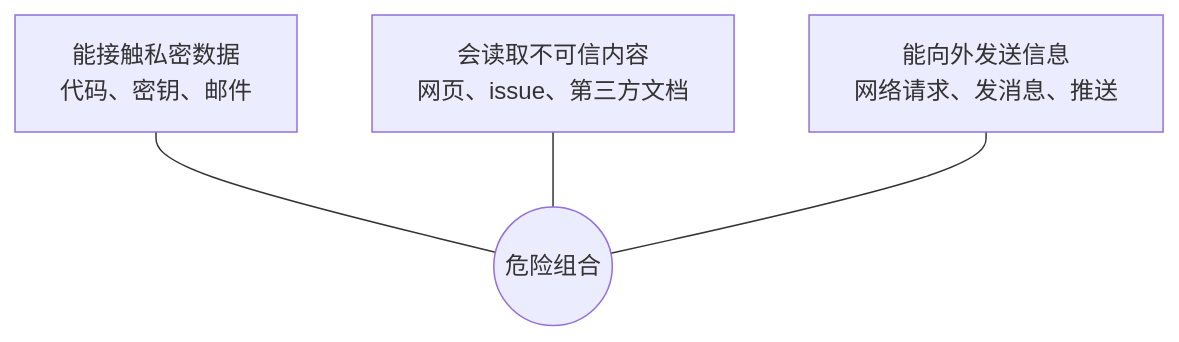
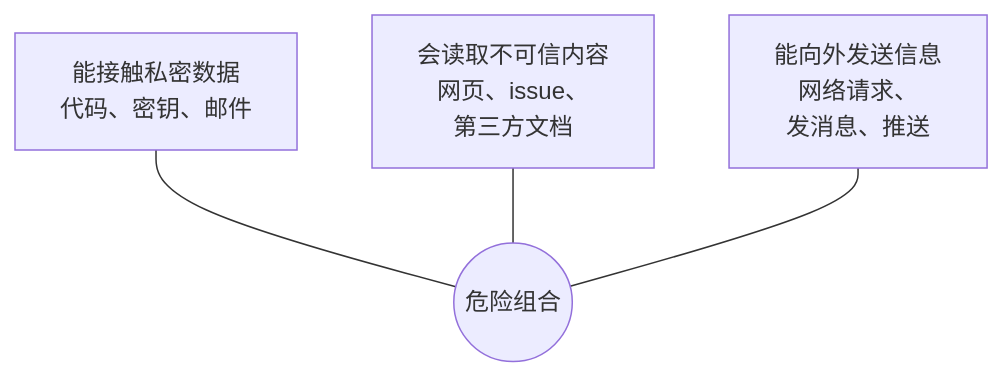
One commit to jarvis-pro/hatch-shelf changed the first of 3 diagrams in books/agent-principles/09-sandbox-permissions.md. Above: the diagram before and after it, drawn with Mermaid. The commit also changed other lines of this file and 432 other files, not shown here.

````diff
--- a/books/agent-principles/09-sandbox-permissions.md
+++ b/books/agent-principles/09-sandbox-permissions.md
@@ -21,6 +21,6 @@
 ```mermaid
 flowchart TB
   A["能接触私密数据<br/>代码、密钥、邮件"] --- X(("危险组合"))
-  B["会读取不可信内容<br/>网页、issue、第三方文档"] --- X
-  C["能向外发送信息<br/>网络请求、发消息、推送"] --- X
+  B["会读取不可信内容<br/>网页、issue、<br/>第三方文档"] --- X
+  C["能向外发送信息<br/>网络请求、<br/>发消息、推送"] --- X
 ```
````
